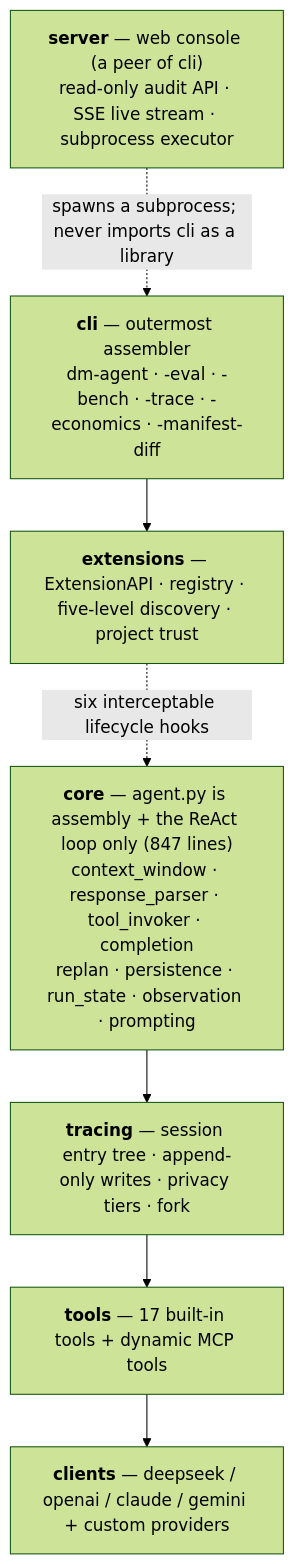
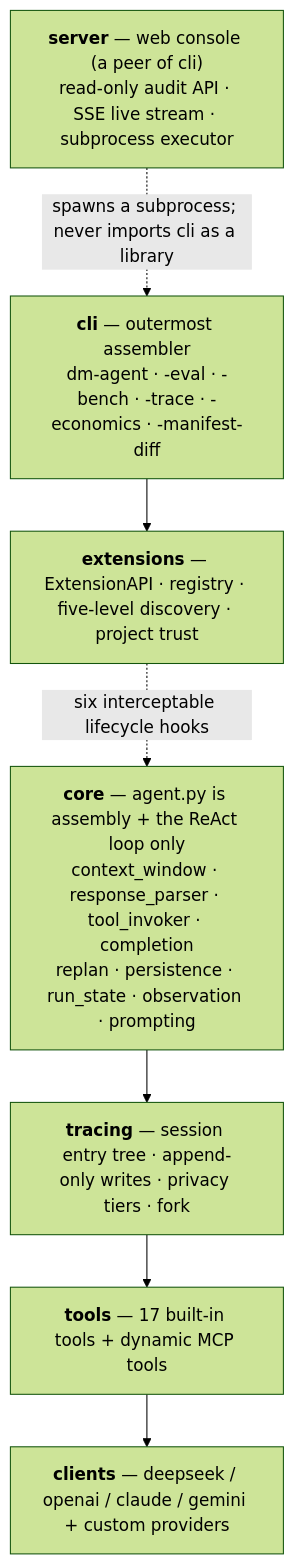
The diagram in README_EN.md (hwfengcs/DM-Code-Agent), drawn with Mermaid (forest theme) before and after one commit. The commit also changed other lines of this file and 5 other files, not shown here.

````diff
--- a/README_EN.md
+++ b/README_EN.md
@@ -252,15 +255,15 @@
 ```mermaid
 flowchart TD
     WEB["<b>server</b> — web console (a peer of cli)<br/>read-only audit API · SSE live stream · subprocess executor"]
     CLI["<b>cli</b> — outermost assembler<br/>dm-agent · -eval · -bench · -trace · -economics · -manifest-diff"]
     EXT["<b>extensions</b> — ExtensionAPI · registry · five-level discovery · project trust"]
-    CORE["<b>core</b> — agent.py is assembly + the ReAct loop only (847 lines)<br/>context_window · response_parser · tool_invoker · completion<br/>replan · persistence · run_state · observation · prompting"]
+    CORE["<b>core</b> — agent.py is assembly + the ReAct loop only<br/>context_window · response_parser · tool_invoker · completion<br/>replan · persistence · run_state · observation · prompting"]
     TRACING["<b>tracing</b> — session entry tree · append-only writes · privacy tiers · fork"]
     TOOLS["<b>tools</b> — 17 built-in tools + dynamic MCP tools"]
     CLIENTS["<b>clients</b> — deepseek / openai / claude / gemini + custom providers"]
 
     WEB -. "spawns a subprocess; never imports cli as a library" .-> CLI
     CLI --> EXT
     EXT -. "six interceptable lifecycle hooks" .-> CORE
     CORE --> TRACING --> TOOLS --> CLIENTS
 ```
````
